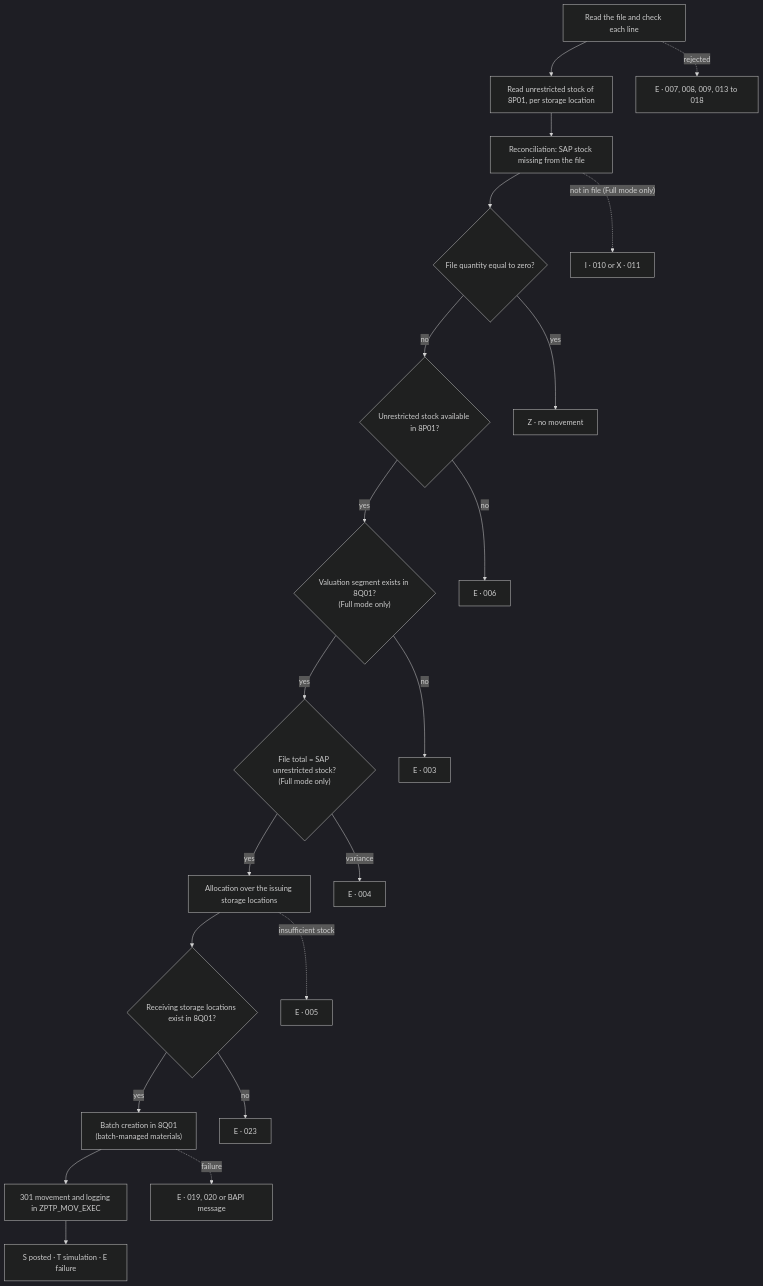
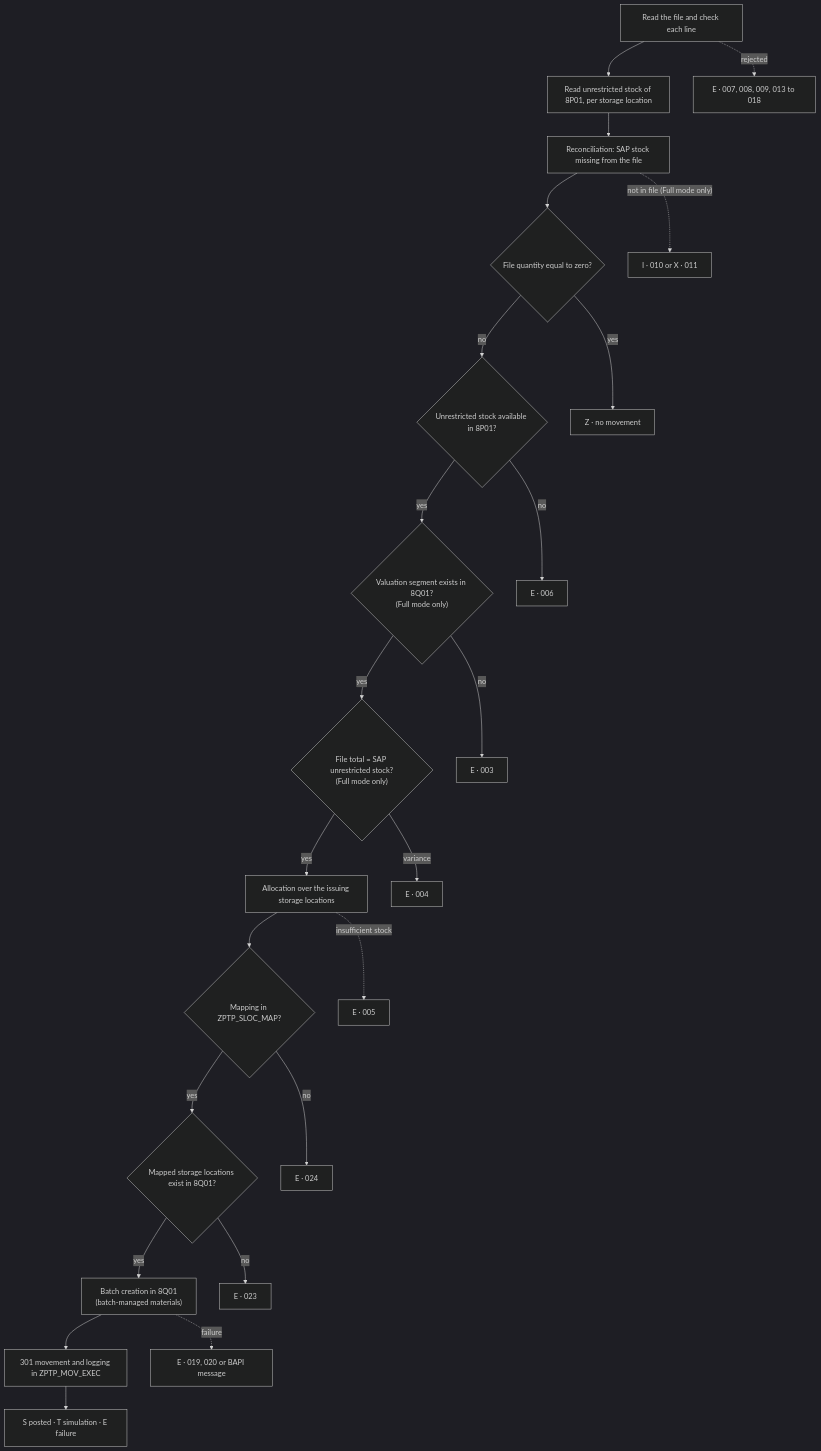
One commit to kas68/abap_stocks_batches_migration_report changed the diagram in ZPTP_SPLIT_VAL_FUNCTIONAL_SPEC.md. Above: the diagram before and after it, drawn with Mermaid (dark theme). The commit also changed other lines of this file and 9 other files, not shown here.

````diff
--- a/ZPTP_SPLIT_VAL_FUNCTIONAL_SPEC.md
+++ b/ZPTP_SPLIT_VAL_FUNCTIONAL_SPEC.md
@@ -37,24 +37,26 @@
 ```mermaid
 flowchart TD
     A[Read the file and check each line] --> B[Read unrestricted stock of 8P01, per storage location]
     B --> C[Reconciliation: SAP stock missing from the file]
     C --> D{File quantity equal to zero?}
     D -- no --> E{Unrestricted stock available in 8P01?}
     E -- yes --> F{"Valuation segment exists in 8Q01?<br/>(Full mode only)"}
     F -- yes --> G{"File total = SAP unrestricted stock?<br/>(Full mode only)"}
     G -- yes --> H[Allocation over the issuing storage locations]
-    H --> I{Receiving storage locations exist in 8Q01?}
+    H --> M{Mapping in ZPTP_SLOC_MAP?}
+    M -- yes --> I{Mapped storage locations exist in 8Q01?}
     I -- yes --> J["Batch creation in 8Q01<br/>(batch-managed materials)"]
     J --> K[301 movement and logging in ZPTP_MOV_EXEC]
 
     A -. rejected .-> XA[E · 007, 008, 009, 013 to 018]
     C -. "not in file (Full mode only)" .-> XC[I · 010 or X · 011]
     D -- yes --> XD[Z · no movement]
     E -- no --> XE[E · 006]
     F -- no --> XF[E · 003]
     G -- variance --> XG[E · 004]
     H -. insufficient stock .-> XH[E · 005]
+    M -- no --> XM[E · 024]
     I -- no --> XI[E · 023]
     J -. failure .-> XJ[E · 019, 020 or BAPI message]
     K --> XK[S posted · T simulation · E failure]
 ```
````
